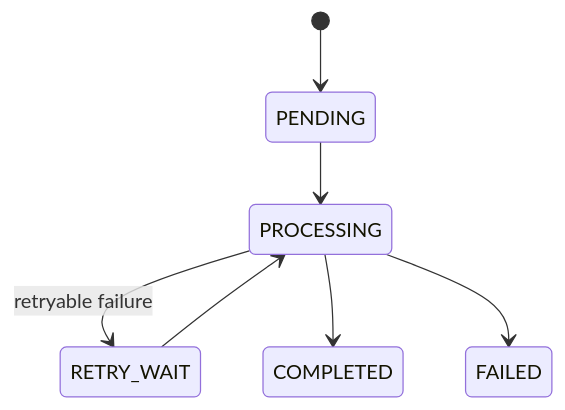
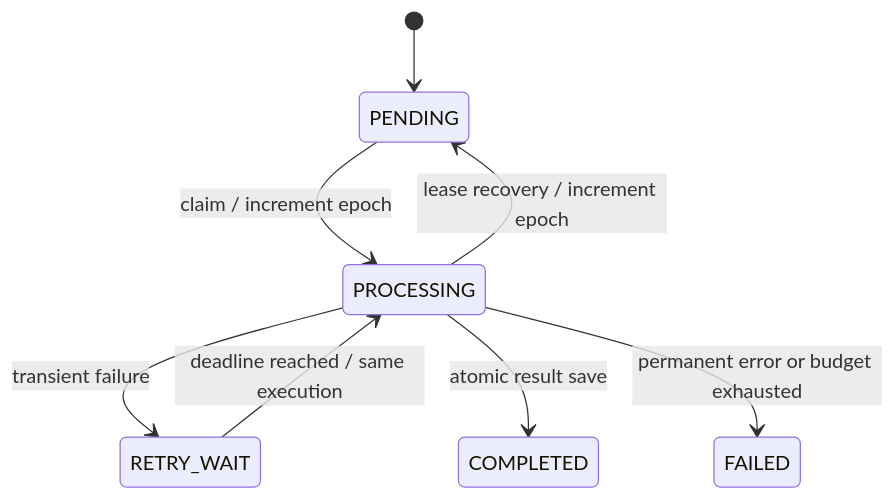
The second of 2 diagrams in README_EN.md (mash-up-kr/spr1n6-osscontest-worker), drawn with Mermaid before and after one commit. The commit also changed other lines of this file and 45 other files, not shown here.

````diff
--- a/README_EN.md
+++ b/README_EN.md
@@ -138,9 +53,10 @@
 ```mermaid
 stateDiagram-v2
     [*] --> PENDING
-    PENDING --> PROCESSING
-    PROCESSING --> RETRY_WAIT: retryable failure
-    RETRY_WAIT --> PROCESSING
-    PROCESSING --> COMPLETED
-    PROCESSING --> FAILED
+    PENDING --> PROCESSING: claim / increment epoch
+    PROCESSING --> RETRY_WAIT: transient failure
+    RETRY_WAIT --> PROCESSING: deadline reached / same execution
+    PROCESSING --> COMPLETED: atomic result save
+    PROCESSING --> FAILED: permanent error or budget exhausted
+    PROCESSING --> PENDING: lease recovery / increment epoch
 ```
````
